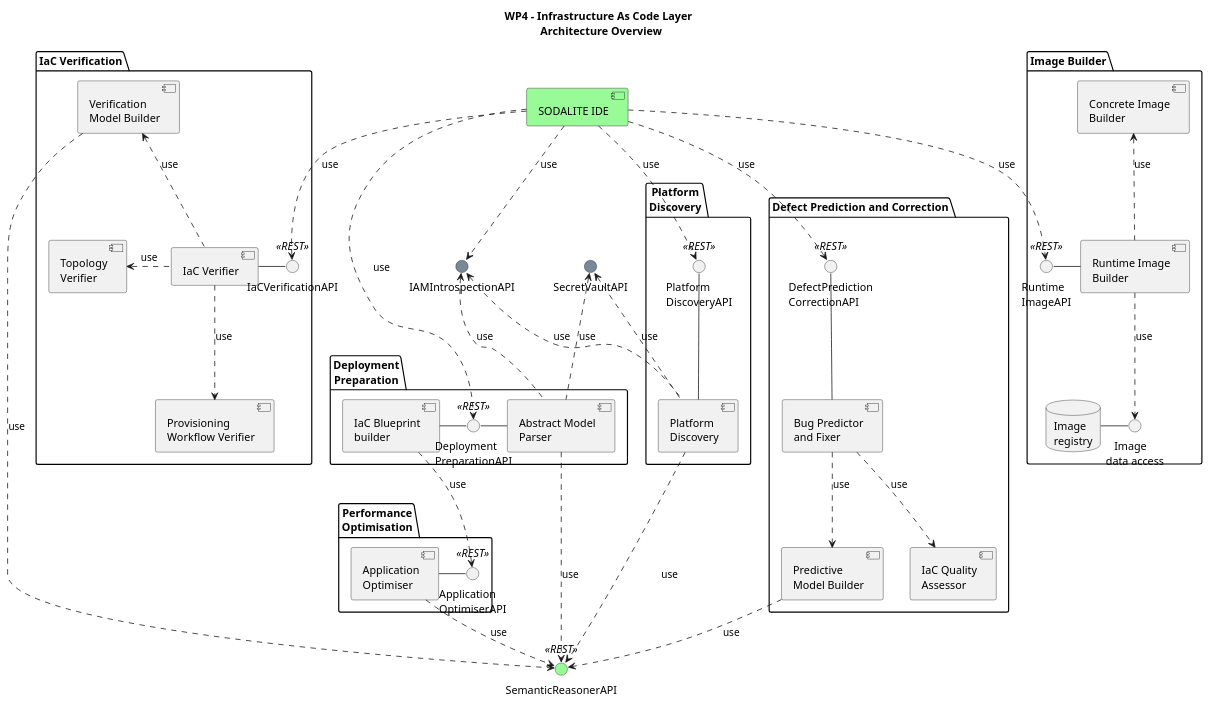
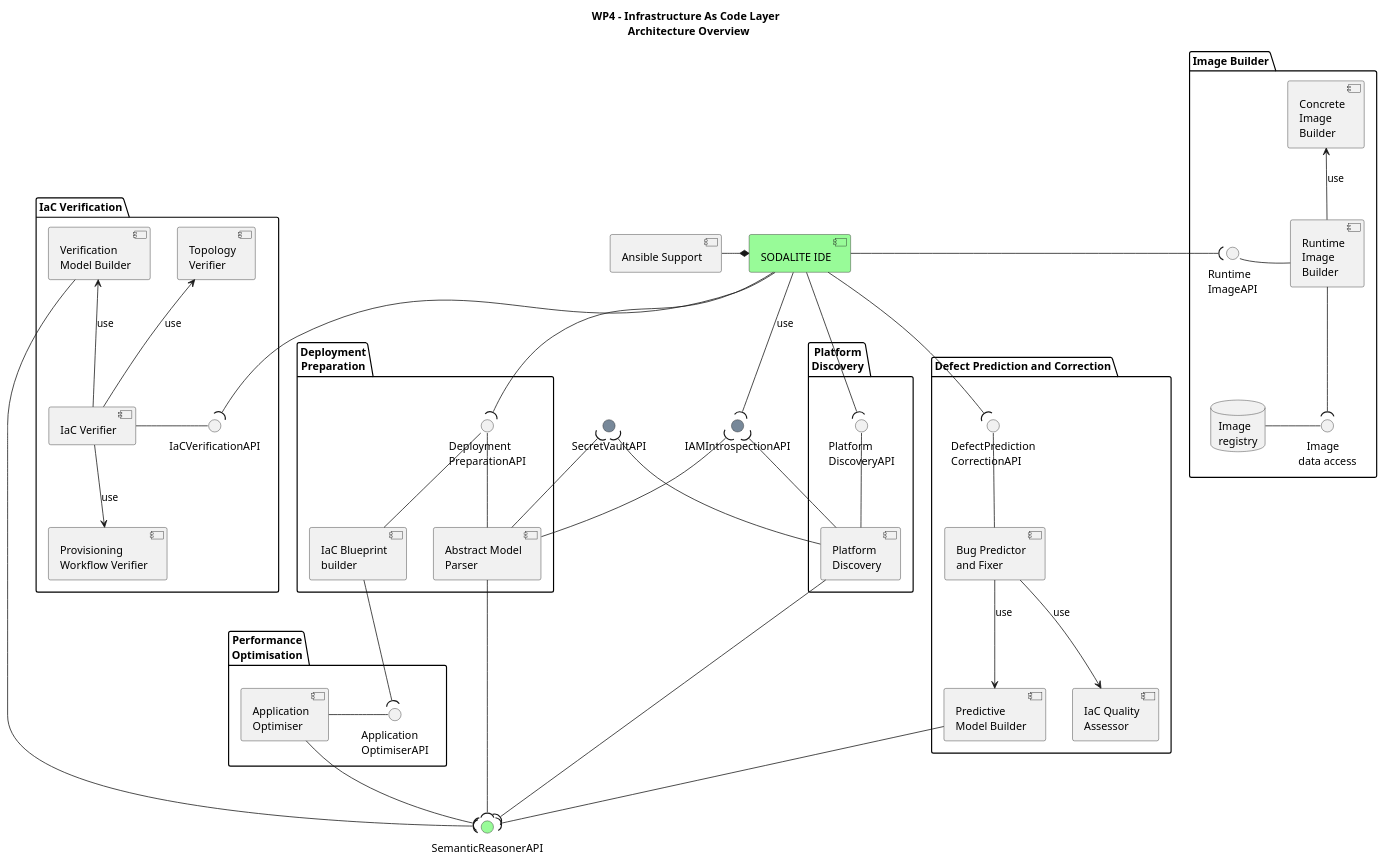
The diagram in uml/component-diagrams/CD-WP4-ArchitectureOverview.puml (SODALITE-EU/project-wide-documentation), drawn with PlantUML before and after one commit. The commit also changed 2 other files, not shown here.

Commit message:
Changed the plantuml usageAPI in the diagrams

```diff
--- a/uml/component-diagrams/CD-WP4-ArchitectureOverview.puml
+++ b/uml/component-diagrams/CD-WP4-ArchitectureOverview.puml
@@ -1,91 +1,95 @@
 @startuml
 
 title WP4 - Infrastructure As Code Layer \n Architecture Overview
 
+skinparam fixCircleLabelOverlapping true 
+
 'reference to WP3
-interface "SecretVaultAPI" as VaultAPI #LightSlateGrey
 component "SODALITE IDE" as cSIDE #PaleGreen
+component "Ansible Support" as cAnsible
+cSIDE*-l-cAnsible
+
 
 'security APIs
-interface "SemanticReasonerAPI" <<REST>> as repoEndpoint #PaleGreen
-interface "IAMIntrospectionAPI" as IAMApi #LightSlateGrey
+interface "SemanticReasonerAPI"  as repoEndpoint #PaleGreen
+
+interface "SecretVaultAPI" as VaultAPI #LightSlateGrey
+interface "IAMIntrospectionAPI" as iIAM #LightSlateGrey
 
 'WP4 components and packages
 package "Deployment\nPreparation" as pDP {
     component [Abstract Model\nParser] as cAbstractModelParser
     component [IaC Blueprint\nbuilder] as cIaCBlueprintBuilder
-    interface "Deployment\nPreparationAPI" <<REST>> as iBluePrintGeneratorAPI
-    cAbstractModelParser -l- iBluePrintGeneratorAPI
-    cIaCBlueprintBuilder -r- iBluePrintGeneratorAPI    
+    interface "Deployment\nPreparationAPI"  as iBluePrintGeneratorAPI
+    cAbstractModelParser -u- iBluePrintGeneratorAPI
+    cIaCBlueprintBuilder -u- iBluePrintGeneratorAPI    
 }
 
 package "Image Builder" {
-    component [Runtime Image\nBuilder] as cRuntimeImageBuilder
-    component [Concrete Image\nBuilder] as cConcreteImageBuilder
-    interface "Runtime\nImageAPI" <<REST>> as iRuntimeImageBuilder
-    cRuntimeImageBuilder - iRuntimeImageBuilder
-    cRuntimeImageBuilder .u.> cConcreteImageBuilder: use
+    component [Runtime\nImage\nBuilder] as cRuntimeImageBuilder
+    component [Concrete\nImage\nBuilder] as cConcreteImageBuilder
+    interface "Runtime\nImageAPI"  as iRuntimeImageBuilder
+    cRuntimeImageBuilder -l- iRuntimeImageBuilder
+    cRuntimeImageBuilder -u-> cConcreteImageBuilder:use
     database "Image\nregistry" as dIR
     interface "   Image\ndata access" as iIRDataAccess
+    dIR -r- iIRDataAccess
+    cRuntimeImageBuilder -d-( iIRDataAccess
 }
 
 package "IaC Verification" as pIV {
     component [IaC Verifier] as cIaCVerifier
-    interface "IaCVerificationAPI" <<REST>> as iIaCVerifier
+    interface "IaCVerificationAPI"  as iIaCVerifier
     cIaCVerifier -r- iIaCVerifier
     component [Verification\nModel Builder] as cVerificationModelBuilder
     component [Topology\nVerifier] as cTopologyVerifier
     component [Provisioning\nWorkflow Verifier] as cProvisioningWorkflowVerifier
-    cIaCVerifier .u.> cVerificationModelBuilder:use
-    cIaCVerifier .l.> cTopologyVerifier:use
-    cIaCVerifier .d.> cProvisioningWorkflowVerifier:use
+    cIaCVerifier -u-> cVerificationModelBuilder:use
+    cIaCVerifier -u-> cTopologyVerifier:use
+    cIaCVerifier -d-> cProvisioningWorkflowVerifier:use
 }
 
 package "Defect Prediction and Correction" as pDPC {
     component [Bug Predictor\nand Fixer ] as cBugPredictorAndFixer
-    interface "DefectPrediction\nCorrectionAPI" <<REST>> as iBugPredictorAndFixer
+    interface "DefectPrediction\nCorrectionAPI"  as iBugPredictorAndFixer
     cBugPredictorAndFixer -u- iBugPredictorAndFixer
     component [Predictive\nModel Builder] as cPredictiveModelBuilder
     component [IaC Quality\nAssessor] as cIaCQualityAssessor
+    cBugPredictorAndFixer --> cIaCQualityAssessor:use
+    cBugPredictorAndFixer --> cPredictiveModelBuilder:use
 }
 
 package "Performance\nOptimisation" as packagePO {
     component "Application\nOptimiser" as cApplicationOptimiser
-    interface "Application\nOptimiserAPI" <<REST>> as iApplicationOptimiser
+    interface "Application\nOptimiserAPI"  as iApplicationOptimiser
     cApplicationOptimiser -r- iApplicationOptimiser
 }
 
 
 package "Platform\nDiscovery" as packagePD {
     component "Platform\nDiscovery" as cPlatformDiscovery
-    interface "Platform\nDiscoveryAPI" <<REST>> as iPlatformDiscovery
+    interface "Platform\nDiscoveryAPI"  as iPlatformDiscovery
     cPlatformDiscovery -u- iPlatformDiscovery
 }
 
-cAbstractModelParser .r.> repoEndpoint: use
-cSIDE ..> iBluePrintGeneratorAPI: use
-cSIDE ..> iIaCVerifier: use
-cSIDE ..> iBugPredictorAndFixer: use
-cSIDE ..> iPlatformDiscovery: use
-cSIDE .d.> IAMApi:use
-'cSIDE ..> VaultAPI:use
+cAbstractModelParser -r-( repoEndpoint
+cSIDE -d-( iBluePrintGeneratorAPI
+cSIDE -d-( iIaCVerifier
+cSIDE -d-( iBugPredictorAndFixer
+cSIDE -d-( iPlatformDiscovery
+cSIDE -d-( iIAM:use
+'cSIDE -( VaultAPI:use
 
-cIaCBlueprintBuilder ..> iApplicationOptimiser: use
-cSIDE ..> iRuntimeImageBuilder: use
+cIaCBlueprintBuilder -d-( iApplicationOptimiser
+cSIDE -( iRuntimeImageBuilder
 
-dIR - iIRDataAccess
-cRuntimeImageBuilder ..> iIRDataAccess: use
+cPredictiveModelBuilder -d-( repoEndpoint
+cVerificationModelBuilder -( repoEndpoint
+cApplicationOptimiser -d-( repoEndpoint
+cPlatformDiscovery -d-( repoEndpoint
 
-cBugPredictorAndFixer ..> cIaCQualityAssessor:use
-cBugPredictorAndFixer ..> cPredictiveModelBuilder:use
-cPredictiveModelBuilder ..> repoEndpoint:use
-cVerificationModelBuilder ..> repoEndpoint:use
-cApplicationOptimiser .r.> repoEndpoint:use
-cPlatformDiscovery ..> repoEndpoint:use
-
-cPlatformDiscovery .u.> IAMApi:use
-cPlatformDiscovery .u.> VaultAPI:use
-cAbstractModelParser .u.> IAMApi:use
-cAbstractModelParser .u.> VaultAPI:use
-
+cPlatformDiscovery -u-( iIAM
+cPlatformDiscovery -u-( VaultAPI
+cAbstractModelParser -u-( iIAM
+cAbstractModelParser -u-( VaultAPI
 @enduml
```
